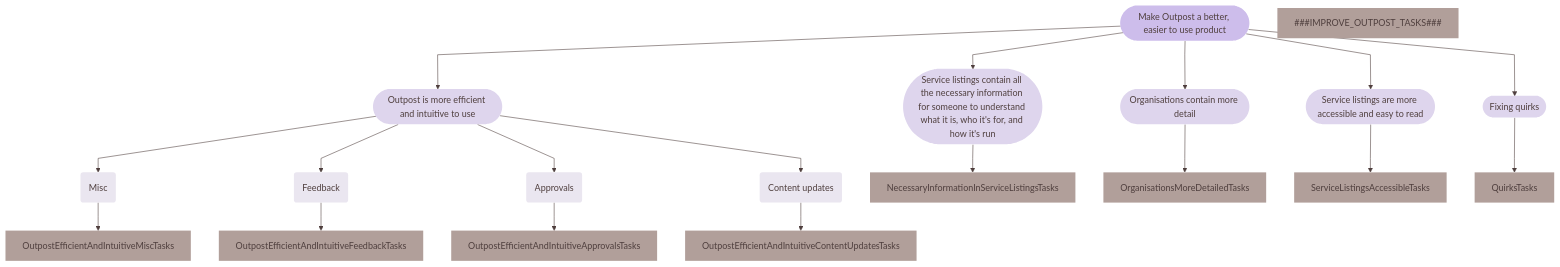
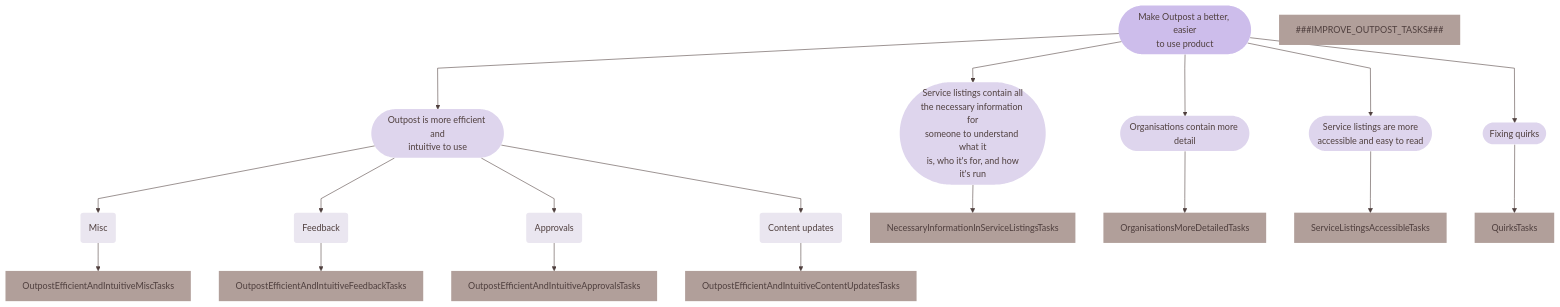
The fourth of 5 diagrams in create-roadmap/roadmap-template.md (wearefuturegov/Outpost-Platform), drawn with Mermaid before and after one commit. The commit also changed other lines of this file and 3 other files, not shown here.

````diff
--- a/create-roadmap/roadmap-template.md
+++ b/create-roadmap/roadmap-template.md
@@ -142,66 +142,66 @@
 ```mermaid
 %%{
 init:
 	{
 	"theme": "base",
 	"themeVariables":
 		{
 	      "primaryColor": "#b19f9a",
 	      "primaryTextColor": "#4f3f3e",
 	      "primaryBorderColor": "none",
 	      "lineColor": "#4f3f3e",
 	      "secondaryColor": "transparent",
 	      "tertiaryColor": "transparent"
 		},
 	"flowchart": {
 	  "curve": "linear"
         }
 	}
 }%%
 flowchart
 
 
     classDef ImproveOutpost fill:#cdbdeb,stroke:none
     classDef ImproveOutpostLv2 fill:#ded5ed,stroke:none
     classDef ImproveOutpostLv3 fill:#eae6f0,stroke:none
     classDef ImproveOutpostTasks fill:#ffff,stroke:#cdbdeb,color:#8e7158
 
 
 
     %% Top level
 
 
     %% 4 Improve Outpost
-    ImproveOutpost([Make Outpost a better, easier to use product]):::ImproveOutpost
+    ImproveOutpost([Make Outpost a better, easier<br />to use product]):::ImproveOutpost
 
     %% 4.x Improve Outpost - second level
-    OutpostEfficientAndIntuitive([Outpost is more efficient and intuitive to use]):::ImproveOutpostLv2
-    NecessaryInformationInServiceListings([Service listings contain all the necessary information for someone to understand what it is, who it's for, and how it's run]):::ImproveOutpostLv2
+    OutpostEfficientAndIntuitive([Outpost is more efficient and<br />intuitive to use]):::ImproveOutpostLv2
+    NecessaryInformationInServiceListings([Service listings contain all<br />the necessary information for<br />someone to understand what it<br />is, who it's for, and how<br />it's run]):::ImproveOutpostLv2
     OrganisationsMoreDetailed([Organisations contain more detail]):::ImproveOutpostLv2
-    ServiceListingsAccessible([Service listings are more accessible and easy to read]):::ImproveOutpostLv2
+    ServiceListingsAccessible([Service listings are more<br />accessible and easy to read]):::ImproveOutpostLv2
     Quirks([Fixing quirks]):::ImproveOutpostLv2
 
     %% 4.x.x Improve Outpost - third level
     OutpostEfficientAndIntuitiveMisc(Misc):::ImproveOutpostLv3
     OutpostEfficientAndIntuitiveFeedback(Feedback):::ImproveOutpostLv3
     OutpostEfficientAndIntuitiveApprovals(Approvals):::ImproveOutpostLv3
     OutpostEfficientAndIntuitiveContentUpdates(Content updates):::ImproveOutpostLv3
 
     ###IMPROVE_OUTPOST_TASKS###
 
 
 
 
 
         ImproveOutpost  --> OutpostEfficientAndIntuitive
         ImproveOutpost  --> NecessaryInformationInServiceListings --> NecessaryInformationInServiceListingsTasks
         ImproveOutpost  --> OrganisationsMoreDetailed --> OrganisationsMoreDetailedTasks
         ImproveOutpost  --> ServiceListingsAccessible --> ServiceListingsAccessibleTasks
         ImproveOutpost  --> Quirks --> QuirksTasks
 
         OutpostEfficientAndIntuitive --> OutpostEfficientAndIntuitiveMisc --> OutpostEfficientAndIntuitiveMiscTasks
         OutpostEfficientAndIntuitive --> OutpostEfficientAndIntuitiveFeedback --> OutpostEfficientAndIntuitiveFeedbackTasks
         OutpostEfficientAndIntuitive --> OutpostEfficientAndIntuitiveApprovals --> OutpostEfficientAndIntuitiveApprovalsTasks
         OutpostEfficientAndIntuitive --> OutpostEfficientAndIntuitiveContentUpdates --> OutpostEfficientAndIntuitiveContentUpdatesTasks
 
 ```
````
